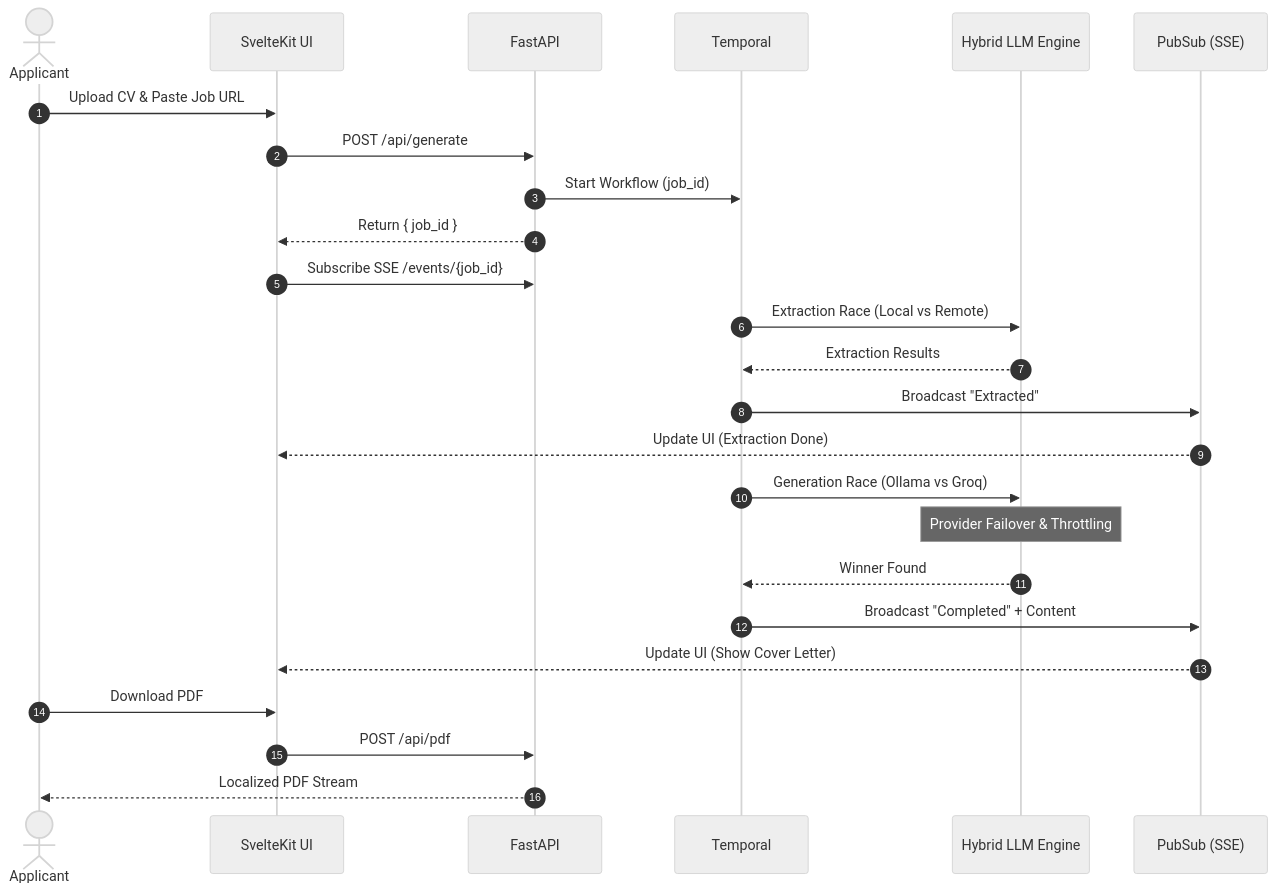
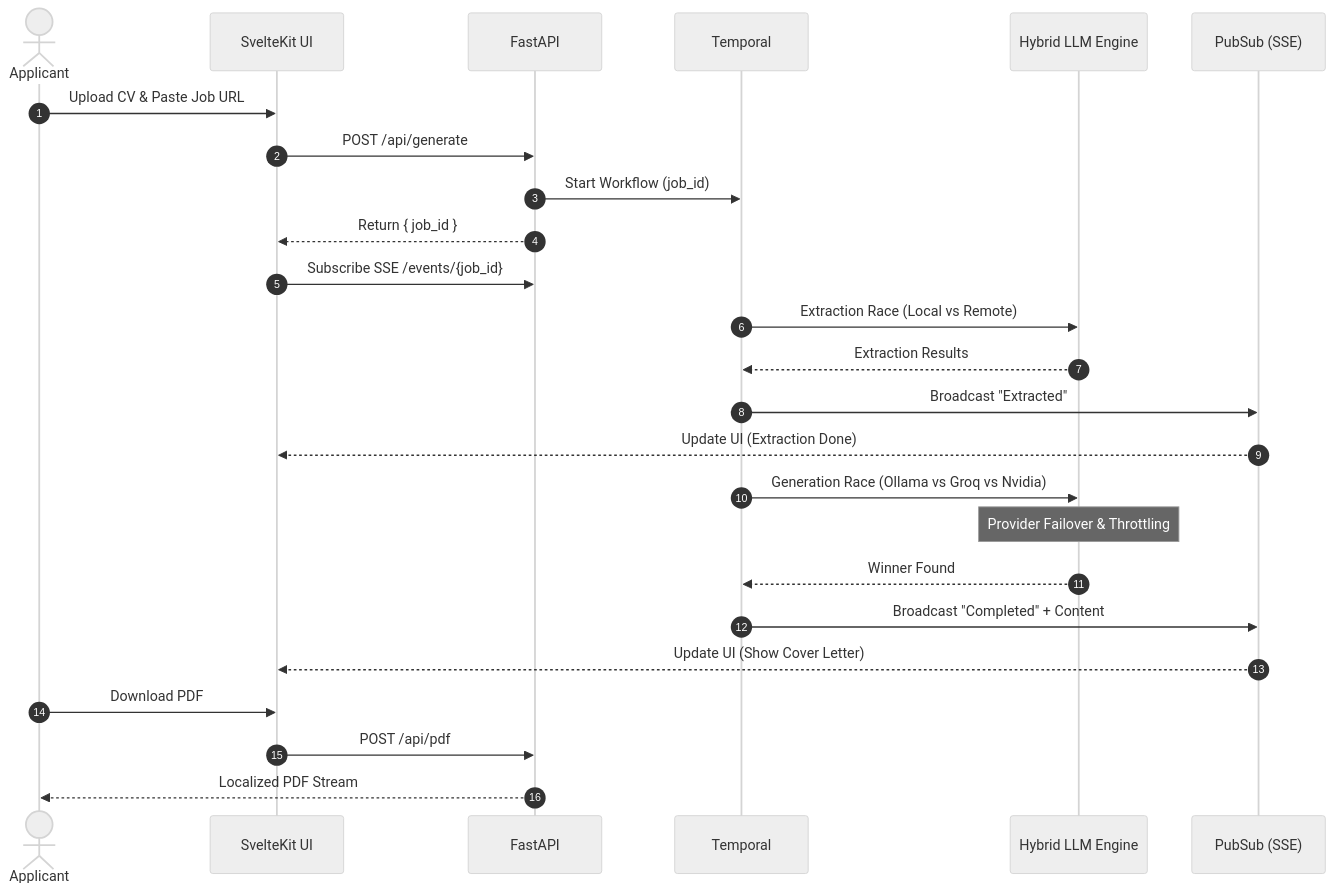
Before and after one commit to remitoudic/job_wizard: the second of 2 diagrams in README.md, drawn with Mermaid (neutral theme). The commit also changed other lines of this file, not shown here.

Commit message:
Update README to feature Nvidia NIM integration, dual models, and SSE pipeline improvements

````diff
--- a/README.md
+++ b/README.md
@@ -93,31 +95,31 @@
 ```mermaid
 sequenceDiagram
     autonumber
     actor User as Applicant
     participant FE as SvelteKit UI
     participant BE as FastAPI
     participant T as Temporal
     participant LLM as Hybrid LLM Engine
     participant PS as PubSub (SSE)
 
     User->>FE: Upload CV & Paste Job URL
     FE->>BE: POST /api/generate
     BE->>T: Start Workflow (job_id)
     BE-->>FE: Return { job_id }
     FE->>BE: Subscribe SSE /events/{job_id}
     
     T->>LLM: Extraction Race (Local vs Remote)
     LLM-->>T: Extraction Results
     T->>PS: Broadcast "Extracted"
     PS-->>FE: Update UI (Extraction Done)
     
-    T->>LLM: Generation Race (Ollama vs Groq)
+    T->>LLM: Generation Race (Ollama vs Groq vs Nvidia)
     Note over LLM: Provider Failover & Throttling
     LLM-->>T: Winner Found
     T->>PS: Broadcast "Completed" + Content
     PS-->>FE: Update UI (Show Cover Letter)
     
     User->>FE: Download PDF
     FE->>BE: POST /api/pdf
     BE-->>User: Localized PDF Stream
 ```
````
